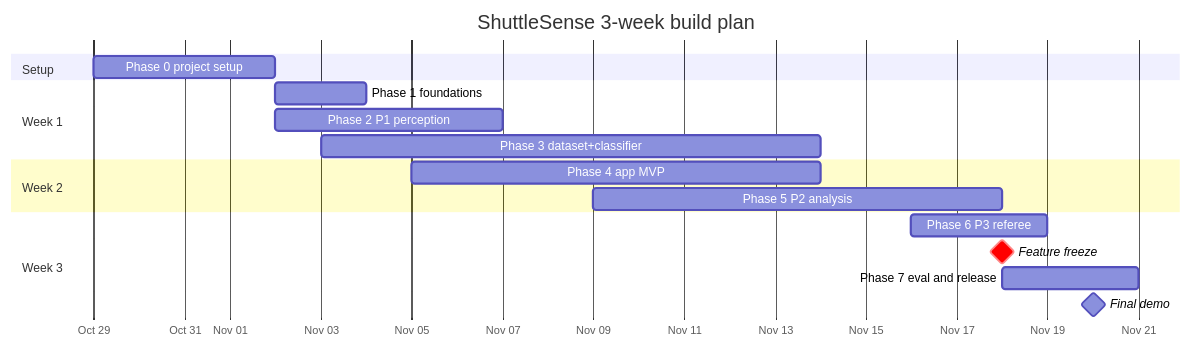
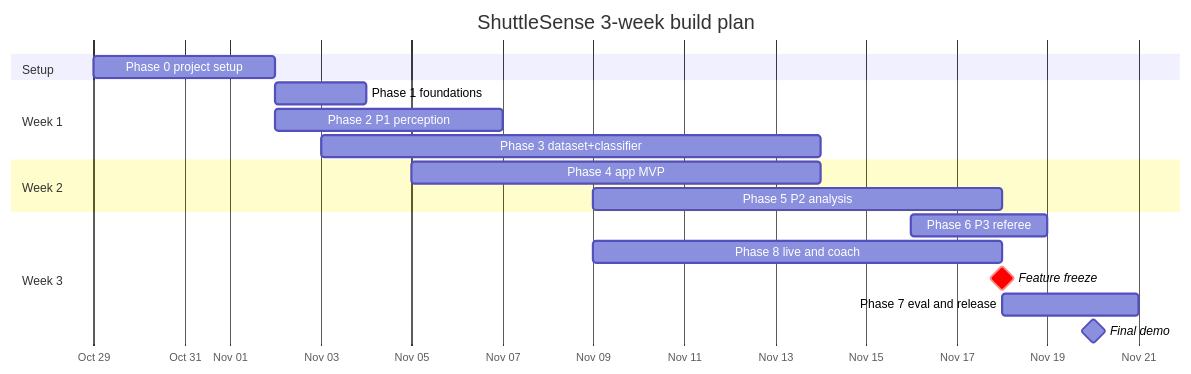
One commit to Mist10148/ShuttleSense changed the second of 2 diagrams in docs/PRD.md. Above: the diagram before and after it, drawn with Mermaid. The commit also changed other lines of this file and 8 other files, not shown here.

````diff
--- a/docs/PRD.md
+++ b/docs/PRD.md
@@ -254,20 +286,21 @@
 ```mermaid
 gantt
     title ShuttleSense 3-week build plan
     dateFormat YYYY-MM-DD
     axisFormat %b %d
     section Setup
     Phase 0 project setup       :p0, 2026-10-29, 4d
     section Week 1
     Phase 1 foundations         :p1, 2026-11-02, 2d
     Phase 2 P1 perception       :p2, 2026-11-02, 5d
     Phase 3 dataset+classifier  :p3, 2026-11-03, 11d
     section Week 2
     Phase 4 app MVP             :p4, 2026-11-05, 9d
     Phase 5 P2 analysis         :p5, 2026-11-09, 9d
     section Week 3
     Phase 6 P3 referee          :p6, 2026-11-16, 3d
+    Phase 8 live and coach      :p8, 2026-11-09, 9d
     Feature freeze              :milestone, crit, m1, 2026-11-18, 0d
     Phase 7 eval and release    :p7, 2026-11-18, 3d
     Final demo                  :milestone, m2, 2026-11-20, 0d
 ```
````
